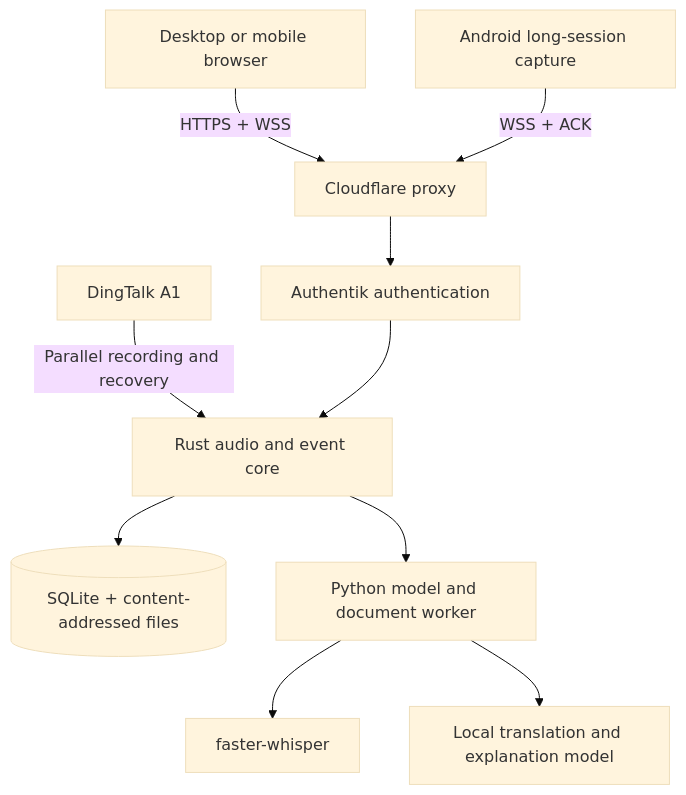
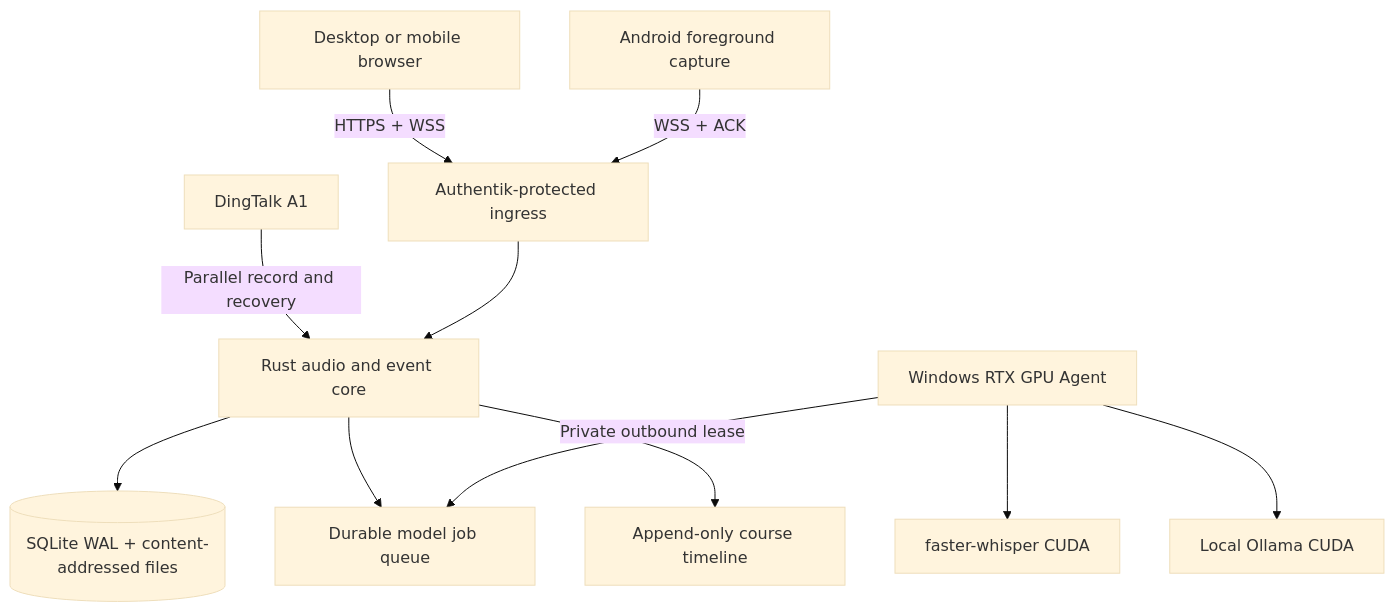
The diagram in README.en.md (AIALRA-0/AIALRA-LIVE-TRANSLATE), drawn with Mermaid (base theme) before and after one commit. The commit also changed other lines of this file and 50 other files, not shown here.

Commit message:
feat: add durable private RTX GPU processing

````diff
--- a/README.en.md
+++ b/README.en.md
@@ -26,12 +34,13 @@
 ```mermaid
 flowchart TD
-  Browser[Desktop or mobile browser] -->|HTTPS + WSS| Edge[Cloudflare proxy]
-  Android[Android long-session capture] -->|WSS + ACK| Edge
-  A1[DingTalk A1] -->|Parallel recording and recovery| Core
-  Edge --> Auth[Authentik authentication]
+  Browser[Desktop or mobile browser] -->|HTTPS + WSS| Auth[Authentik-protected ingress]
+  Android[Android foreground capture] -->|WSS + ACK| Auth
+  A1[DingTalk A1] -->|Parallel record and recovery| Core
   Auth --> Core[Rust audio and event core]
-  Core --> Store[(SQLite + content-addressed files)]
-  Core --> Worker[Python model and document worker]
-  Worker --> ASR[faster-whisper]
-  Worker --> LLM[Local translation and explanation model]
+  Core --> Store[(SQLite WAL + content-addressed files)]
+  Core --> Queue[Durable model job queue]
+  Agent[Windows RTX GPU Agent] -->|Private outbound lease| Queue
+  Agent --> ASR[faster-whisper CUDA]
+  Agent --> LLM[Local Ollama CUDA]
+  Core --> Timeline[Append-only course timeline]
 ```
````
